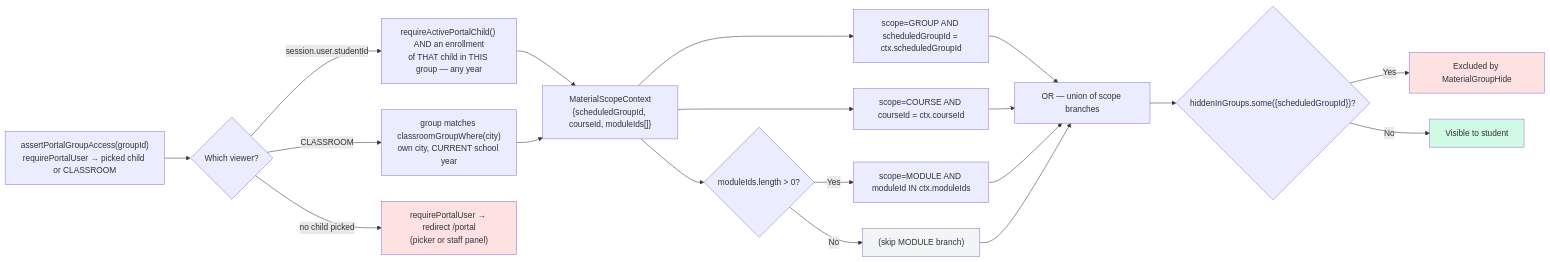
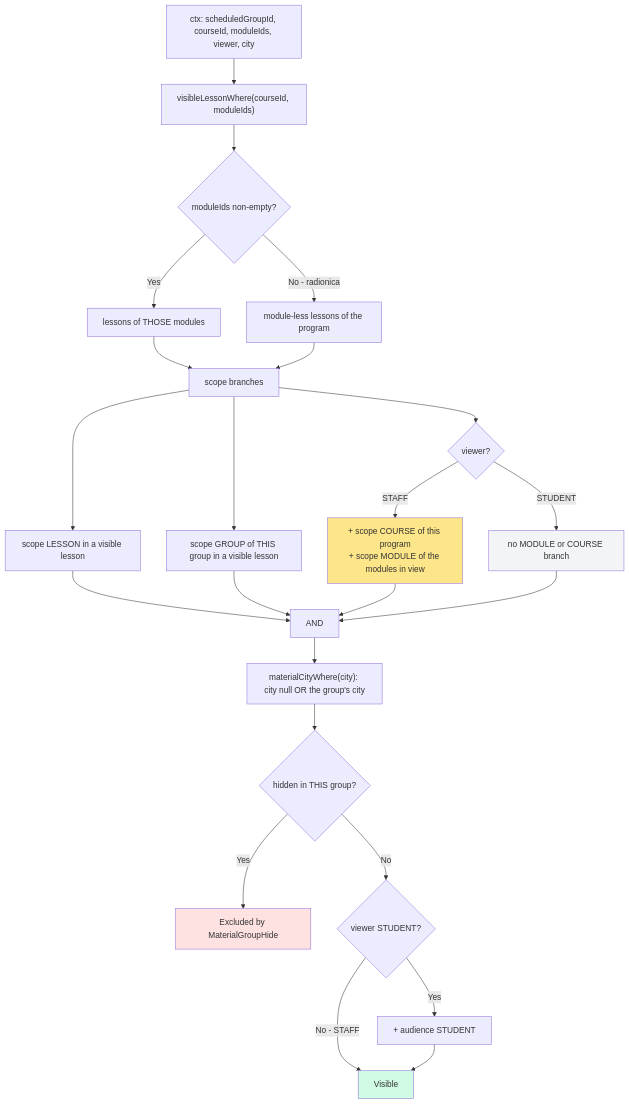
Before and after one commit to jpucic00/inovatic: the third of 6 diagrams in docs/diagrams/material-scope.md, drawn with Mermaid. The commit also changed other lines of this file and 30 other files, not shown here.

````diff
--- a/docs/diagrams/material-scope.md
+++ b/docs/diagrams/material-scope.md
@@ -77,30 +126,33 @@
 ```mermaid
-flowchart LR
-    V["assertPortalGroupAccess(groupId)<br/>requirePortalUser → picked child or CLASSROOM"] --> VW{Which viewer?}
-    VW -->|"session.user.studentId"| VS["requireActivePortalChild() AND an enrollment<br/>of THAT child in THIS group — any year"]
-    VW -->|CLASSROOM| VC["group matches classroomGroupWhere(city)<br/>own city, CURRENT school year"]
-    VW -->|"no child picked"| VN["requirePortalUser → redirect /portal<br/>(picker or staff panel)"]
-    VS --> CTX
-    VC --> CTX
+flowchart TD
+    CTX["ctx: scheduledGroupId, courseId, moduleIds, viewer, city"] --> VL["visibleLessonWhere(courseId, moduleIds)"]
+    VL --> Q1{"moduleIds non-empty?"}
+    Q1 -->|Yes| LM["lessons of THOSE modules"]
+    Q1 -->|"No - radionica"| LN["module-less lessons of the program"]
+    LM --> BR
+    LN --> BR
 
-    CTX["MaterialScopeContext<br/>{scheduledGroupId, courseId, moduleIds[]}"]
-    CTX --> B1["scope=GROUP AND scheduledGroupId = ctx.scheduledGroupId"]
-    CTX --> B3["scope=COURSE AND courseId = ctx.courseId"]
-    CTX --> Q1{"moduleIds.length > 0?"}
-    Q1 -->|Yes| B2["scope=MODULE AND moduleId IN ctx.moduleIds"]
-    Q1 -->|No| SK1["(skip MODULE branch)"]
+    BR["scope branches"] --> B1["scope LESSON in a visible lesson"]
+    BR --> B2["scope GROUP of THIS group in a visible lesson"]
+    BR --> VW{"viewer?"}
+    VW -->|STAFF| B3["+ scope COURSE of this program<br/>+ scope MODULE of the modules in view"]
+    VW -->|STUDENT| SK["no MODULE or COURSE branch"]
 
-    B1 --> UNION["OR — union of scope branches"]
-    B2 --> UNION
-    B3 --> UNION
-    SK1 --> UNION
+    B1 --> AND["AND"]
+    B2 --> AND
+    B3 --> AND
+    SK --> AND
 
-    UNION --> HIDE{"hiddenInGroups.some({scheduledGroupId})?"}
+    AND --> CITY["materialCityWhere(city): city null OR the group's city"]
+    CITY --> HIDE{"hidden in THIS group?"}
     HIDE -->|Yes| HIDDEN["Excluded by MaterialGroupHide"]
-    HIDE -->|No| VISIBLE["Visible to student"]
+    HIDE -->|No| AUD{"viewer STUDENT?"}
+    AUD -->|Yes| AS["+ audience STUDENT"]
+    AUD -->|"No - STAFF"| VIS["Visible"]
+    AS --> VIS
 
-    style VISIBLE fill:#d1fae5
+    style VIS fill:#d1fae5
     style HIDDEN fill:#fee2e2
-    style SK1 fill:#f3f4f6
-    style VN fill:#fee2e2
+    style SK fill:#f3f4f6
+    style B3 fill:#fde68a
 ```
````
